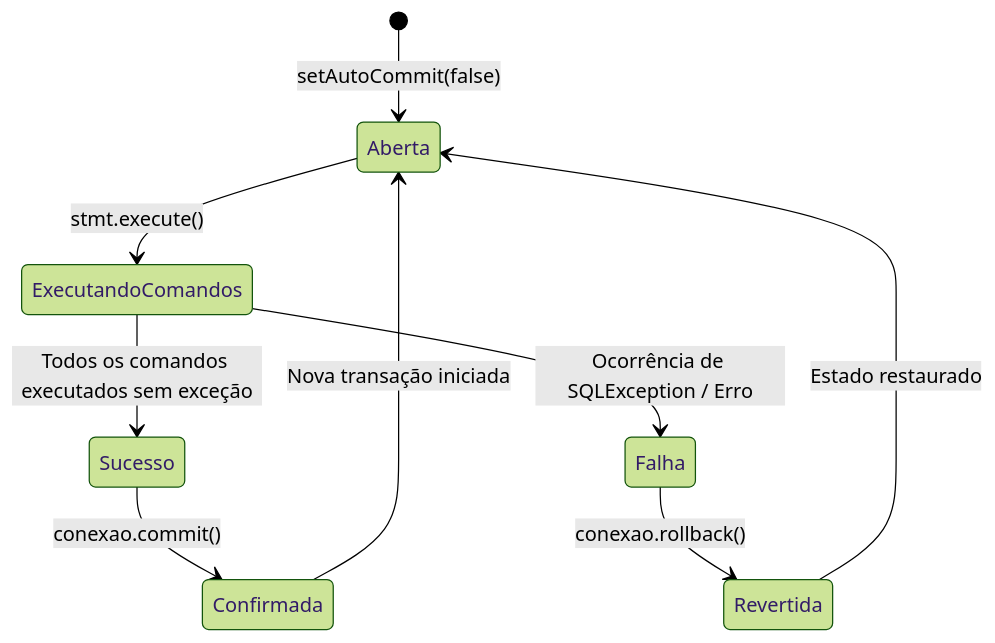
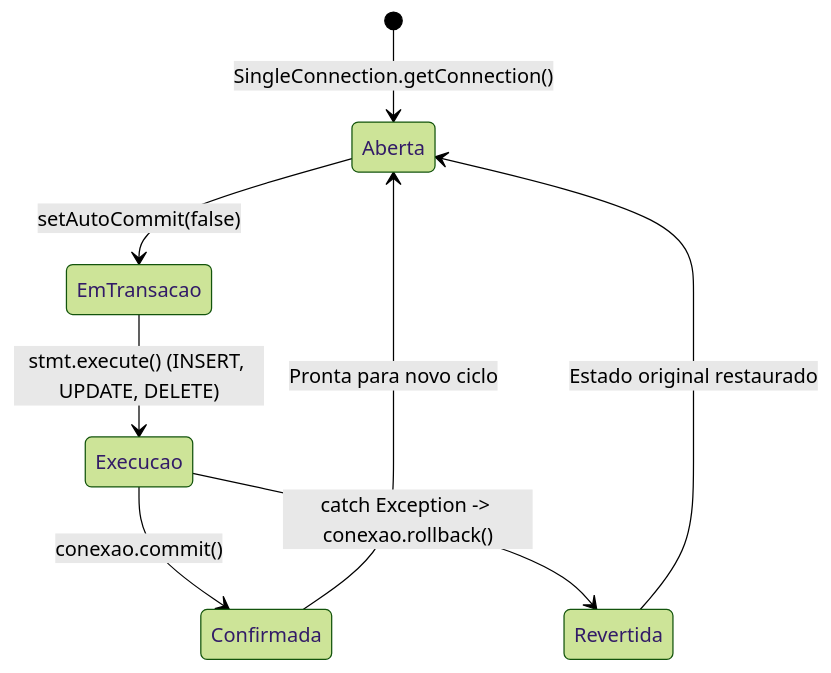
One commit to murilolol/unifef changed diagram 11 of 17 in 3º Semestre/[Prof. Jefferson Passerini] Laboratório de Programação III/Resumos-IA/Caderno-Consolidado.md. Above: the diagram before and after it, drawn with Mermaid (forest theme). The commit also changed other lines of this file and 10 other files, not shown here.

````diff
--- a/3º Semestre/[Prof. Jefferson Passerini] Laboratório de Programação III/Resumos-IA/Caderno-Consolidado.md
+++ b/3º Semestre/[Prof. Jefferson Passerini] Laboratório de Programação III/Resumos-IA/Caderno-Consolidado.md
@@ -601,11 +938,10 @@
 ```mermaid
 stateDiagram-v2
-    [*] --> Aberta : setAutoCommit(false)
-    Aberta --> ExecutandoComandos : stmt.execute()
-    ExecutandoComandos --> Sucesso : Todos os comandos executados sem exceção
-    ExecutandoComandos --> Falha : Ocorrência de SQLException / Erro
-    Sucesso --> Confirmada : conexao.commit()
-    Falha --> Revertida : conexao.rollback()
-    Confirmada --> Aberta : Nova transação iniciada
-    Revertida --> Aberta : Estado restaurado
+    [*] --> Aberta : SingleConnection.getConnection()
+    Aberta --> EmTransacao : setAutoCommit(false)
+    EmTransacao --> Execucao : stmt.execute() (INSERT, UPDATE, DELETE)
+    Execucao --> Confirmada : conexao.commit()
+    Confirmada --> Aberta : Pronta para novo ciclo
+    Execucao --> Revertida : catch Exception -> conexao.rollback()
+    Revertida --> Aberta : Estado original restaurado
 ```
````
